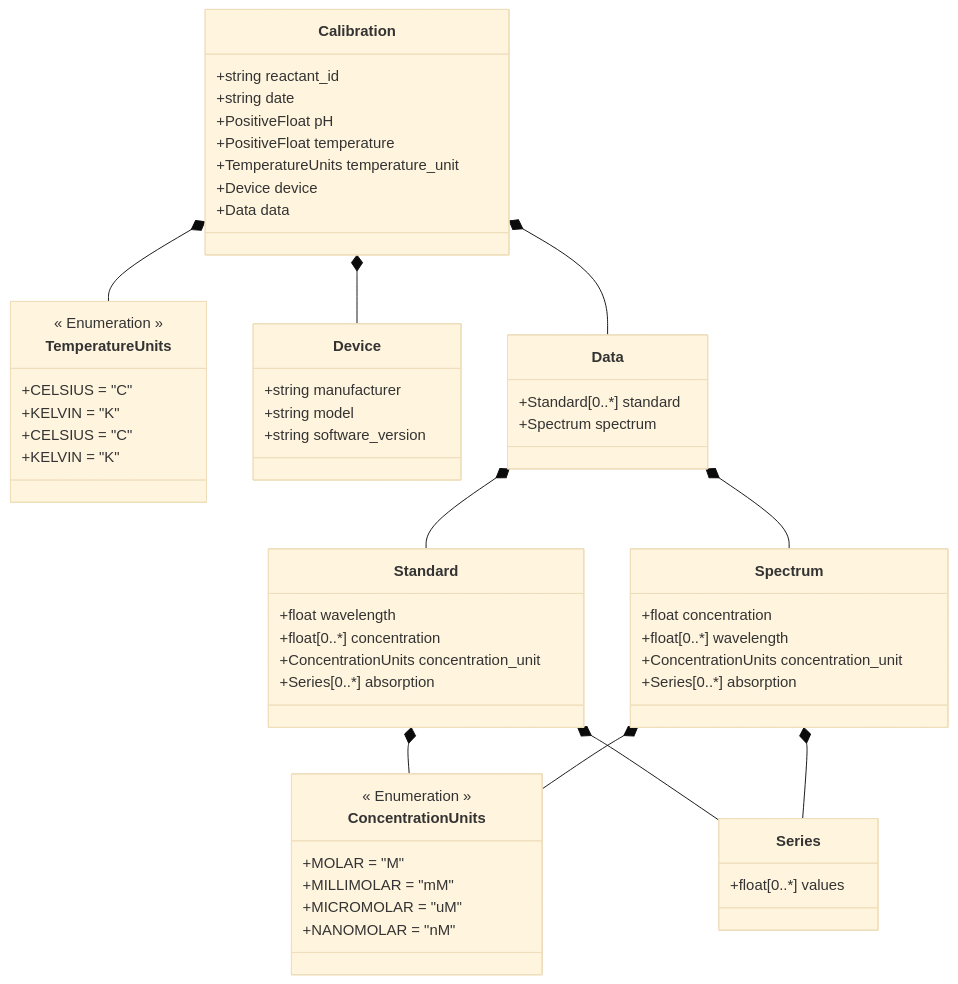
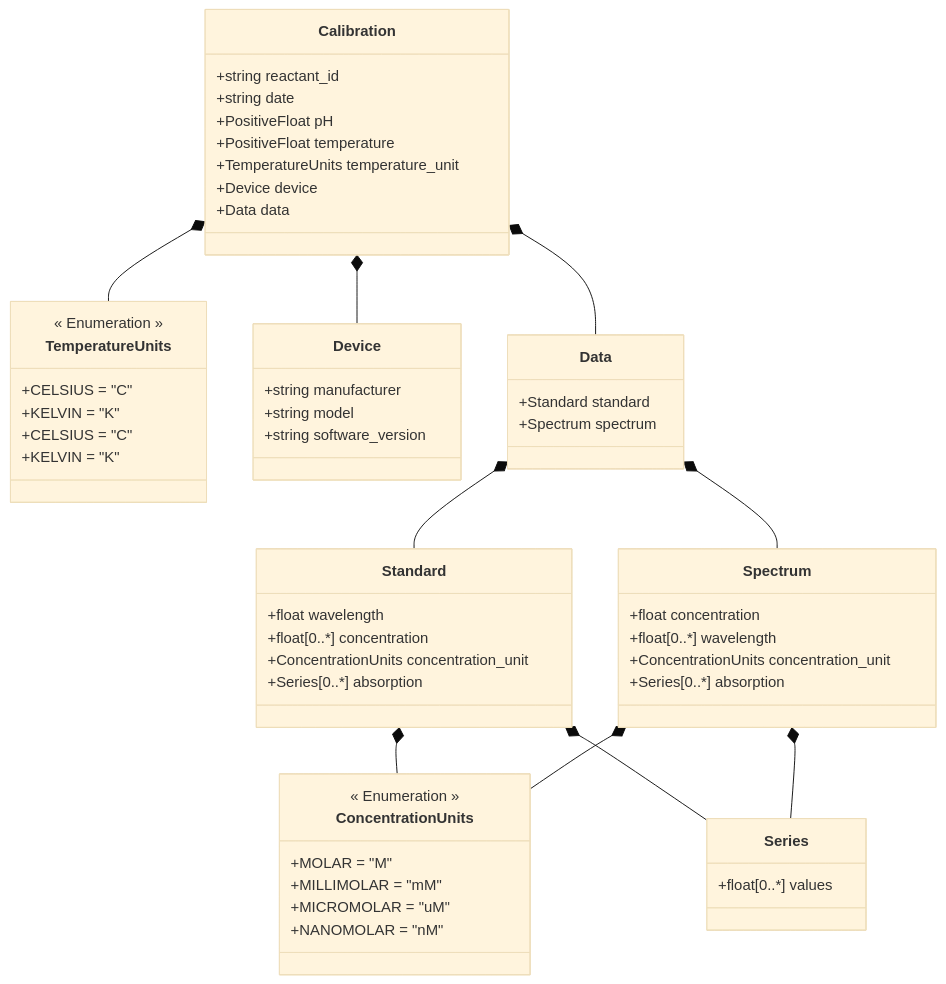
Before and after one commit to FAIRChemistry/datamodel_calibration: the diagram in Calibration/schemes/Calibration data-model.md, drawn with Mermaid (base theme). The commit also changed 2 other files, not shown here.

Commit message:
API update

````diff
--- a/Calibration/schemes/Calibration data-model.md
+++ b/Calibration/schemes/Calibration data-model.md
@@ -1,72 +1,72 @@
 ```mermaid
 classDiagram
     Calibration *-- TemperatureUnits
     Calibration *-- Device
     Calibration *-- Data
     Data *-- Standard
     Data *-- Spectrum
     Standard *-- ConcentrationUnits
     Standard *-- Series
     Spectrum *-- ConcentrationUnits
     Spectrum *-- Series
     
     class Calibration {
         +string reactant_id
         +string date
         +PositiveFloat pH
         +PositiveFloat temperature
         +TemperatureUnits temperature_unit
         +Device device
         +Data data
     }
     
     class Device {
         +string manufacturer
         +string model
         +string software_version
     }
     
     class Data {
-        +Standard[0..*] standard
+        +Standard standard
         +Spectrum spectrum
     }
     
     class Standard {
         +float wavelength
         +float[0..*] concentration
         +ConcentrationUnits concentration_unit
         +Series[0..*] absorption
     }
     
     class Spectrum {
         +float concentration
         +float[0..*] wavelength
         +ConcentrationUnits concentration_unit
         +Series[0..*] absorption
     }
     
     class Series {
         +float[0..*] values
     }
     
     class TemperatureUnits {
         << Enumeration >>
         +CELSIUS = "C"
         +KELVIN = "K"
     }
     
     class TemperatureUnits {
         << Enumeration >>
         +CELSIUS = "C"
         +KELVIN = "K"
     }
     
     class ConcentrationUnits {
         << Enumeration >>
         +MOLAR = "M"
         +MILLIMOLAR = "mM"
         +MICROMOLAR = "uM"
         +NANOMOLAR = "nM"
     }
     
 ```
````
